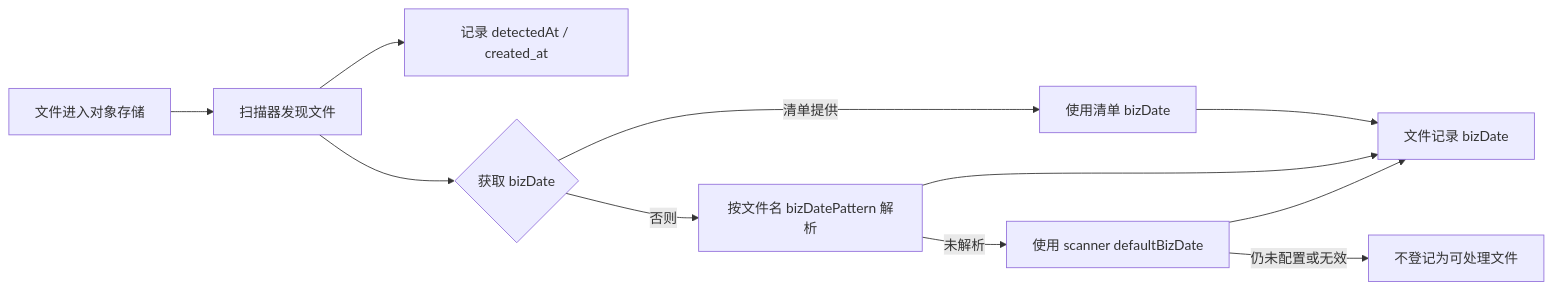
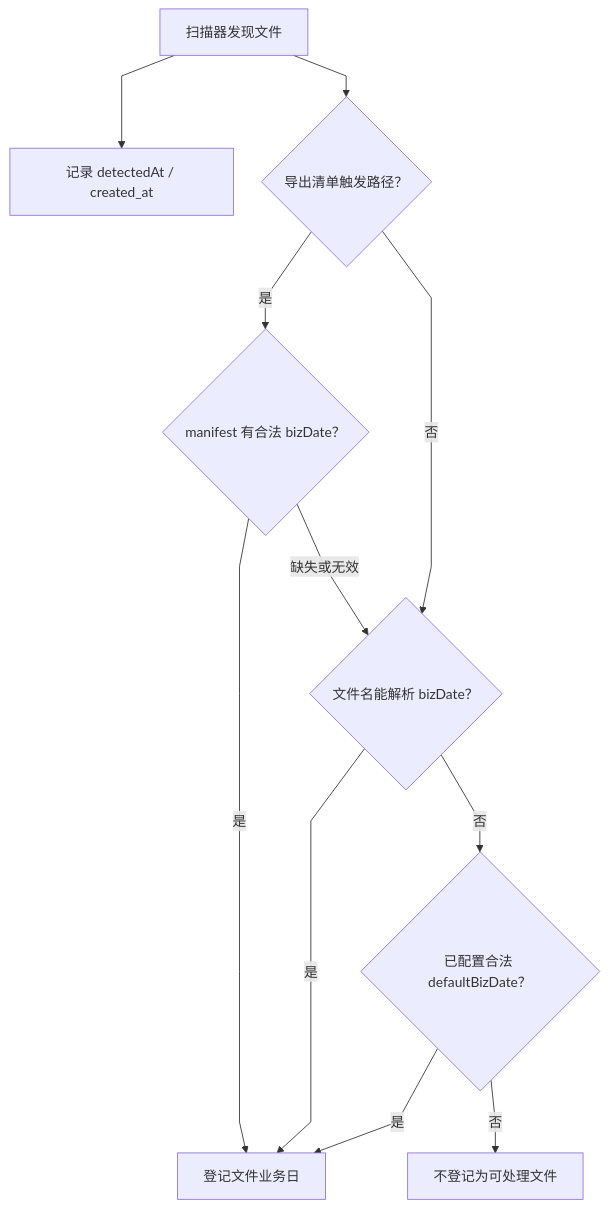
Before and after one commit to pinpols/file-batch-system: the third of 4 diagrams in docs/design/time-date-semantics.md, drawn with Mermaid. The commit also changed other lines of this file and 5032 other files, not shown here.

````diff
--- a/docs/design/time-date-semantics.md
+++ b/docs/design/time-date-semantics.md
@@ -68,13 +76,14 @@
 ```mermaid
-flowchart LR
-    A[文件进入对象存储] --> B[扫描器发现文件]
-    B --> C[记录 detectedAt / created_at]
-    B --> D{获取 bizDate}
-    D -->|清单提供| E[使用清单 bizDate]
-    D -->|否则| F[按文件名 bizDatePattern 解析]
-    F -->|未解析| G[使用 scanner defaultBizDate]
-    G -->|仍未配置或无效| X[不登记为可处理文件]
-    E --> H[文件记录 bizDate]
-    F --> H
-    G --> H
+%%{init: {"flowchart":{"curve":"linear","nodeSpacing":32,"rankSpacing":48},"sequence":{"mirrorActors":false}}}%%
+flowchart TB
+  F[扫描器发现文件] --> T[记录 detectedAt / created_at]
+  F --> E{导出清单触发路径？}
+  E -->|是| M{manifest 有合法 bizDate？}
+  E -->|否| N{文件名能解析 bizDate？}
+  M -->|是| R[登记文件业务日]
+  M -->|缺失或无效| N
+  N -->|是| R
+  N -->|否| D{已配置合法 defaultBizDate？}
+  D -->|是| R
+  D -->|否| X[不登记为可处理文件]
 ```
````
